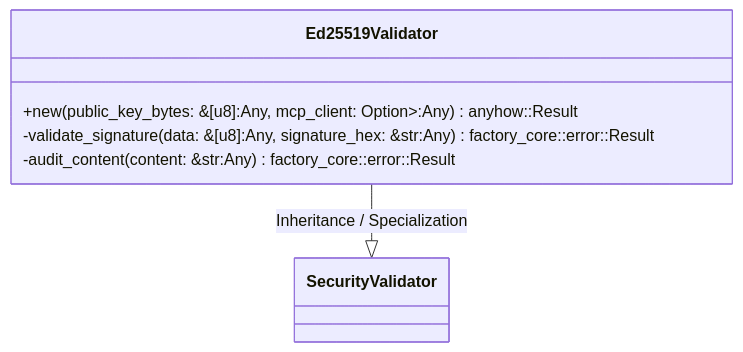
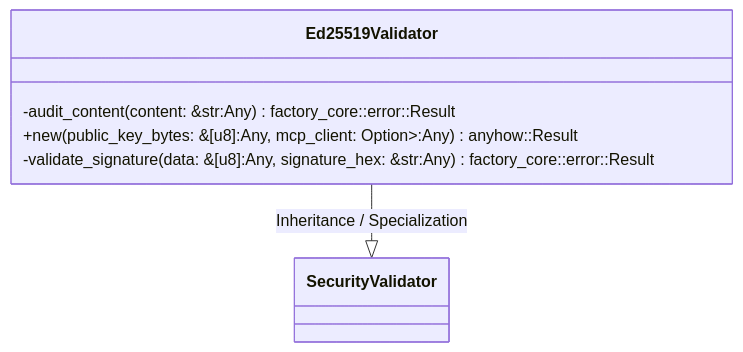
One commit to lgcorzo/rust_CACD_autonomous_factory changed the first of 2 diagrams in openwiki/crates_factory-infrastructure_src_security_validator_rs.md. Above: the diagram before and after it, drawn with Mermaid. The commit also changed other lines of this file and 76 other files, not shown here.

````diff
--- a/openwiki/crates_factory-infrastructure_src_security_validator_rs.md
+++ b/openwiki/crates_factory-infrastructure_src_security_validator_rs.md
@@ -80,11 +80,11 @@
 ```mermaid
 classDiagram
     direction BT
     class Ed25519Validator {
+        -audit_content(content: &str:Any) factory_core::error::Result<AuditResult>
         +new(public_key_bytes: &[u8]:Any, mcp_client: Option<Arc<dyn McpClient>>:Any) anyhow::Result<Self>
         -validate_signature(data: &[u8]:Any, signature_hex: &str:Any) factory_core::error::Result<bool>
-        -audit_content(content: &str:Any) factory_core::error::Result<AuditResult>
     }
     SecurityValidator <|-- Ed25519Validator : Inheritance / Specialization
 
 ```
````
